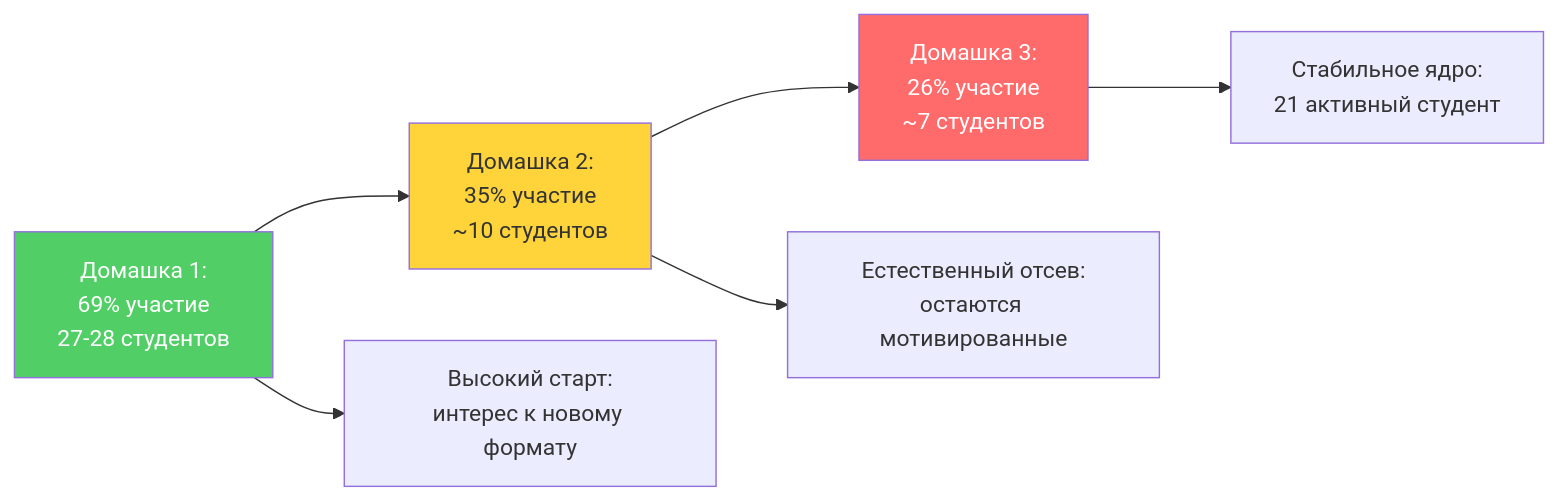
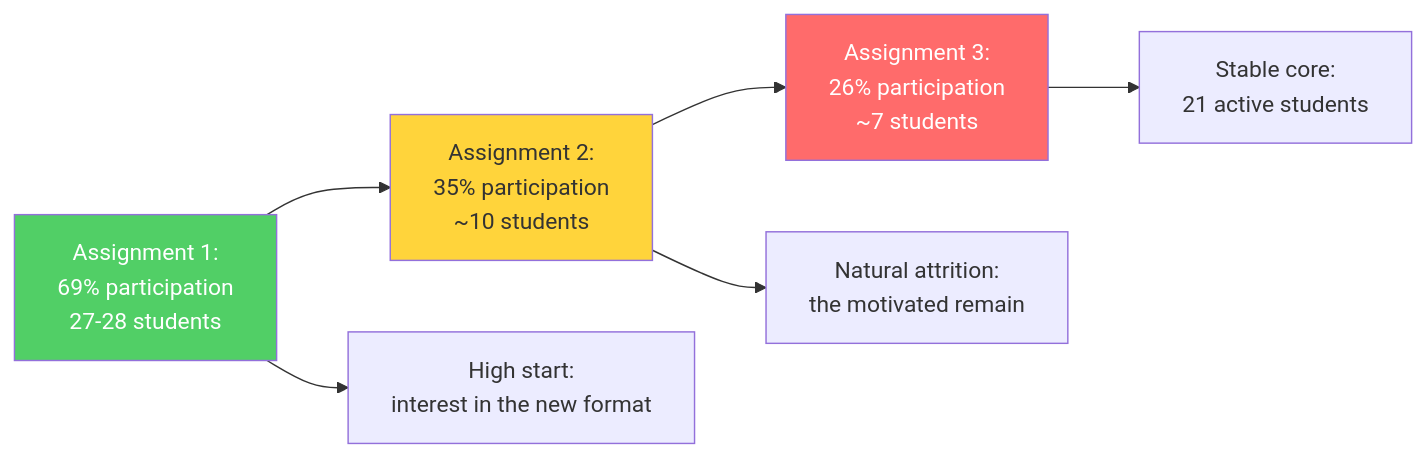
One commit to ad3002/masters-course-2025-vibe-coding changed the seventh of 16 diagrams in materials/workshop4.md. Above: the diagram before and after it, drawn with Mermaid. The commit also changed other lines of this file, not shown here.

````diff
--- a/materials/workshop4.md
+++ b/materials/workshop4.md
@@ -267,13 +267,13 @@
 ```mermaid
 graph LR
-    HW1[Домашка 1:<br/>69% участие<br/>27-28 студентов] --> HW2[Домашка 2:<br/>35% участие<br/>~10 студентов]
-    HW2 --> HW3[Домашка 3:<br/>26% участие<br/>~7 студентов]
+    HW1[Assignment 1:<br/>69% participation<br/>27-28 students] --> HW2[Assignment 2:<br/>35% participation<br/>~10 students]
+    HW2 --> HW3[Assignment 3:<br/>26% participation<br/>~7 students]
 
-    HW1 --> INSIGHT1[Высокий старт:<br/>интерес к новому формату]
-    HW2 --> INSIGHT2[Естественный отсев:<br/>остаются мотивированные]
-    HW3 --> INSIGHT3[Стабильное ядро:<br/>21 активный студент]
+    HW1 --> INSIGHT1[High start:<br/>interest in the new format]
+    HW2 --> INSIGHT2[Natural attrition:<br/>the motivated remain]
+    HW3 --> INSIGHT3[Stable core:<br/>21 active students]
 
     style HW1 fill:#51cf66,color:#fff
     style HW2 fill:#ffd43b
     style HW3 fill:#ff6b6b,color:#fff
 ```
````
